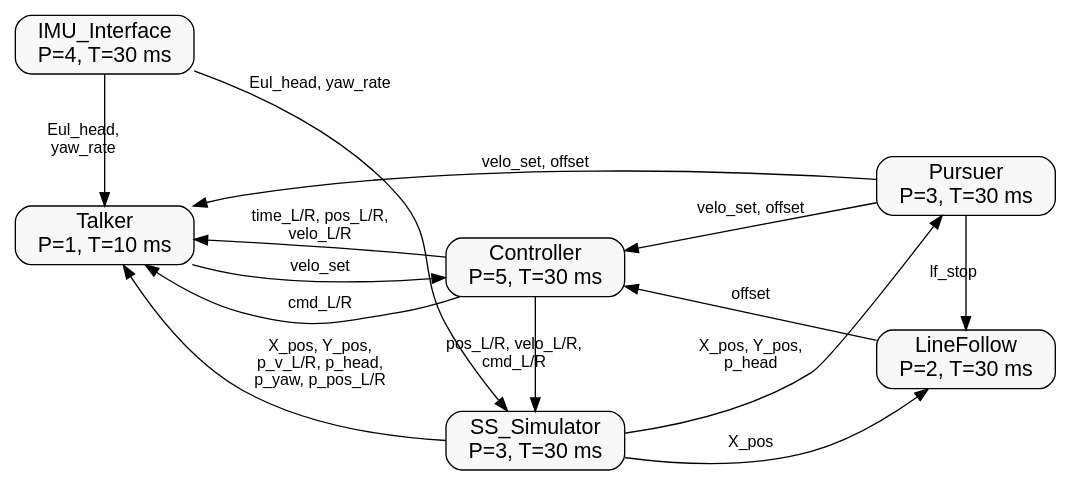
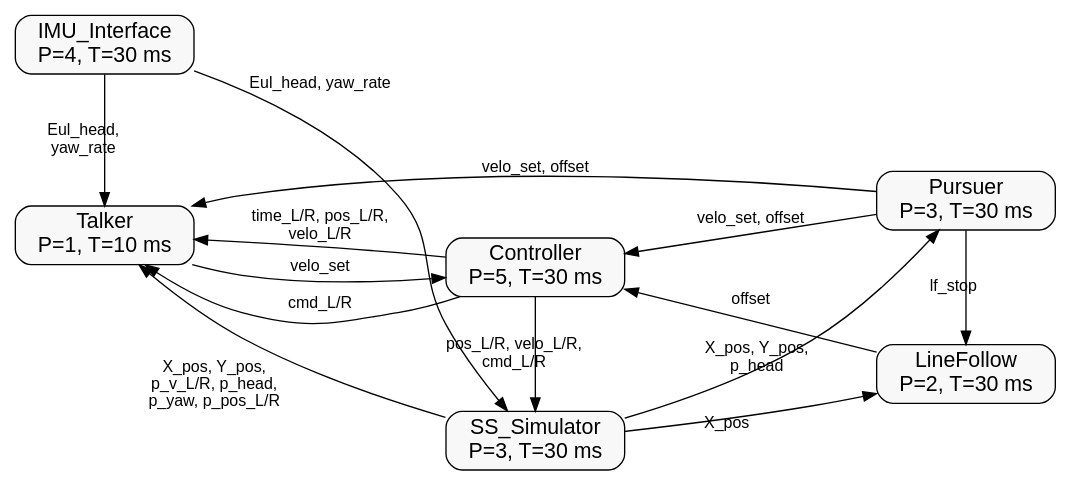
The diagram in docs/source/main-program.rst (andrewthegr8/Term-Project-ME-405), drawn with Graphviz before and after one commit. The commit also changed 5 other files, not shown here.

Commit message:
Enhance FSM diagram generation and documentation; improve state labels and add important notes

```diff
--- a/docs/source/main-program.rst
+++ b/docs/source/main-program.rst
@@ -54,79 +54,79 @@
 .. graphviz::
    :align: center
    :class: zoomable-graph
 
    digraph firmware_arch {
      rankdir=LR;
 
      // Overall font / spacing
      fontsize=16;
      nodesep="0.6";
      ranksep="1.0 equally";
 
      node [
        shape=box,
        style="rounded,filled",
        fillcolor="#f8f8f8",
        fontname="Helvetica",
        fontsize=16
      ];
 
      edge [
        fontname="Helvetica",
        fontsize=12
      ];
 
      // =========================
      // Task nodes (Garbage removed)
      // =========================
      subgraph cluster_tasks {
        label = "Tasks (priority P, period T)";
        style = "rounded";
        color = "#cccccc";
 
        Talker        [label="Talker\nP=1, T=10 ms"];
        IMU_Interface [label="IMU_Interface\nP=4, T=30 ms"];
        Controller    [label="Controller\nP=5, T=30 ms"];
        LineFollow    [label="LineFollow\nP=2, T=30 ms"];
        Pursuer       [label="Pursuer\nP=3, T=30 ms"];
        SS_Simulator  [label="SS_Simulator\nP=3, T=30 ms"];
      }
 
      // =========================
      // Column layout (reduces edge crossing)
      // =========================
      { rank = same; IMU_Interface; Talker; }
      { rank = same; SS_Simulator; Controller; }
      { rank = same; Pursuer; LineFollow; }
 
      // =========================
      // Shares / queues between tasks
      // =========================
 
      // Speed commands
      Talker      -> Controller    [label="velo_set"];
      Controller  -> Talker        [label="cmd_L/R"];
 
      // Offsets
      LineFollow  -> Controller    [label="offset"];
      Pursuer     -> Controller    [label="velo_set, offset"];
 
      // Line follower enable/disable
      Pursuer     -> LineFollow    [label="lf_stop"];
 
      // IMU to simulator & talker
      IMU_Interface -> SS_Simulator [label="Eul_head, yaw_rate"];
      IMU_Interface -> Talker       [label="Eul_head,\nyaw_rate"];
 
      // Controller → others
      Controller  -> Talker        [label="time_L/R, pos_L/R,\nvelo_L/R"];
      Controller  -> SS_Simulator  [label="pos_L/R, velo_L/R,\ncmd_L/R"];
 
      // State-space simulator outputs
-     SS_Simulator -> Talker       [label="X_pos, Y_pos,\np_v_L/R, p_head,\np_yaw, p_pos_L/R"];
-     SS_Simulator -> LineFollow   [label="X_pos"];
-     SS_Simulator -> Pursuer      [label="X_pos, Y_pos,\np_head"];
+     SS_Simulator -> Talker       [xlabel="X_pos, Y_pos,\np_v_L/R, p_head,\np_yaw, p_pos_L/R"];
+     SS_Simulator -> LineFollow   [xlabel="X_pos"];
+     SS_Simulator -> Pursuer      [xlabel="X_pos, Y_pos,\np_head"];
 
      // Pursuer adjusting behavior
      Pursuer     -> Talker        [label="velo_set, offset"];
    }
```
